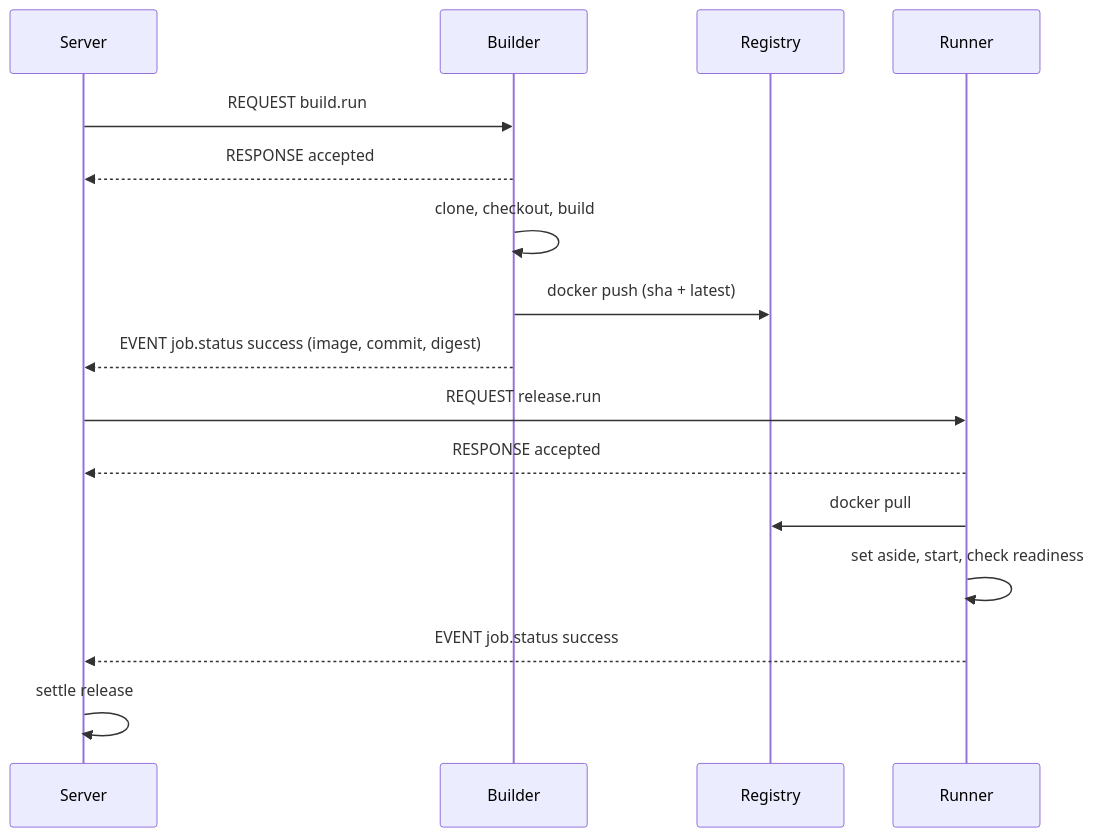
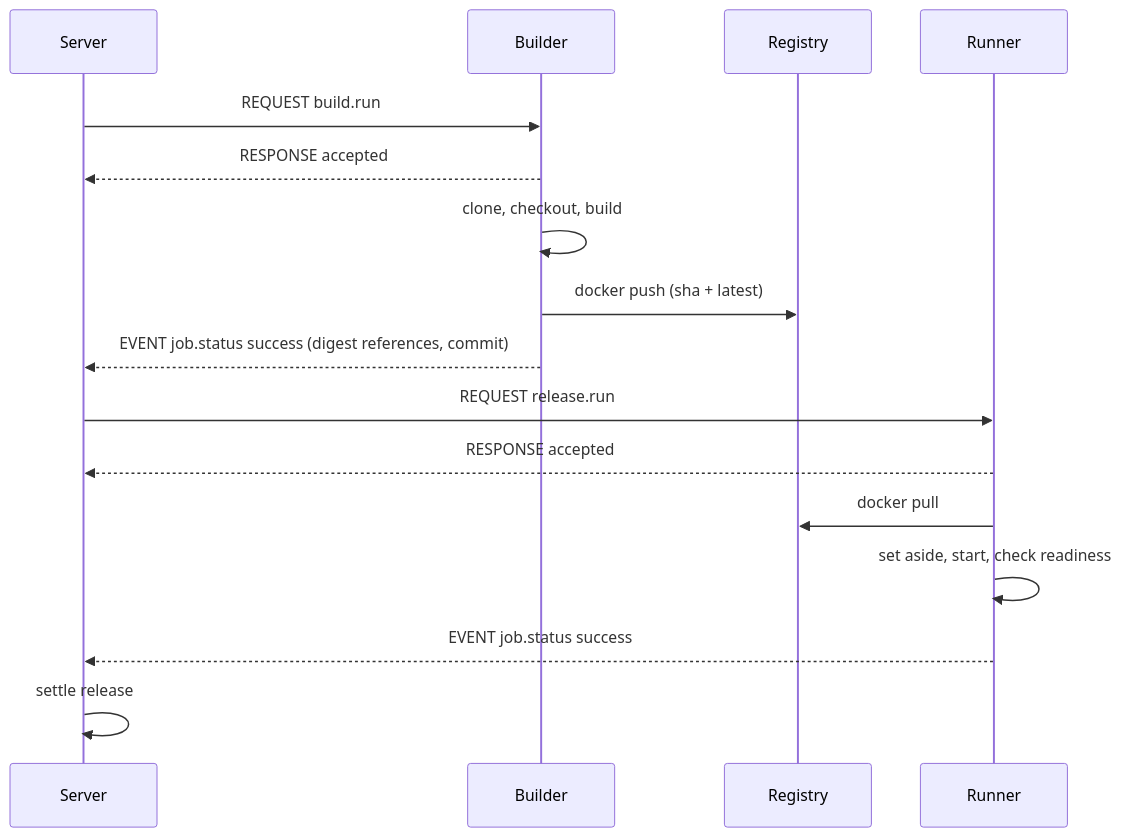
Before and after one commit to mustafanass/uruflow: the diagram in docs/architecture.md, drawn with Mermaid. The commit also changed other lines of this file and 68 other files, not shown here.

````diff
--- a/docs/architecture.md
+++ b/docs/architecture.md
@@ -81,19 +80,19 @@
 ```mermaid
 sequenceDiagram
     participant S as Server
     participant B as Builder
     participant G as Registry
     participant R as Runner
 
     S->>B: REQUEST build.run
     B-->>S: RESPONSE accepted
     B->>B: clone, checkout, build
     B->>G: docker push (sha + latest)
-    B-->>S: EVENT job.status success (image, commit, digest)
+    B-->>S: EVENT job.status success (digest references, commit)
     S->>R: REQUEST release.run
     R-->>S: RESPONSE accepted
     R->>G: docker pull
     R->>R: set aside, start, check readiness
     R-->>S: EVENT job.status success
     S->>S: settle release
 ```
````
